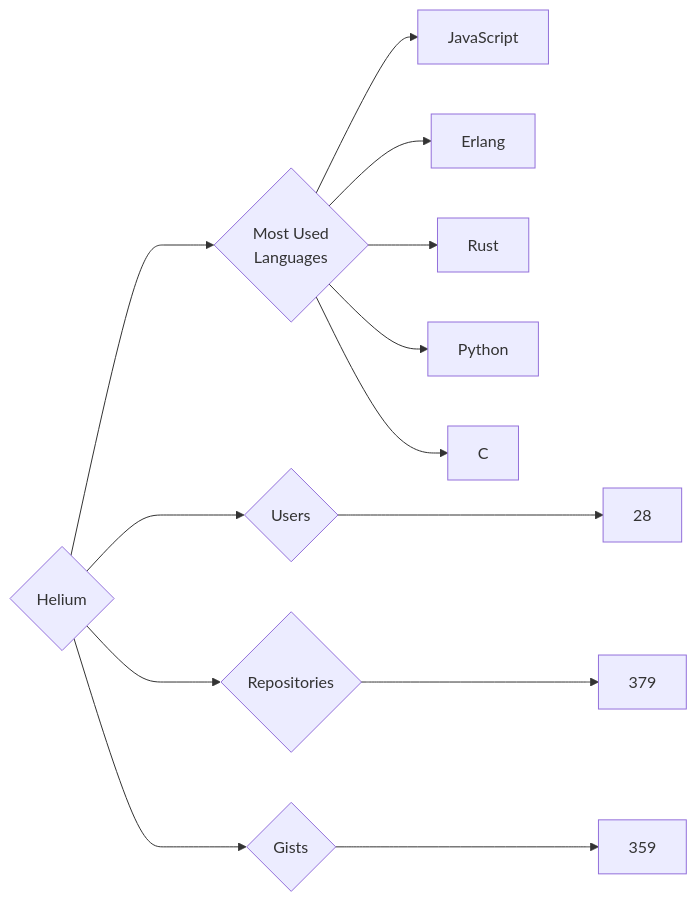
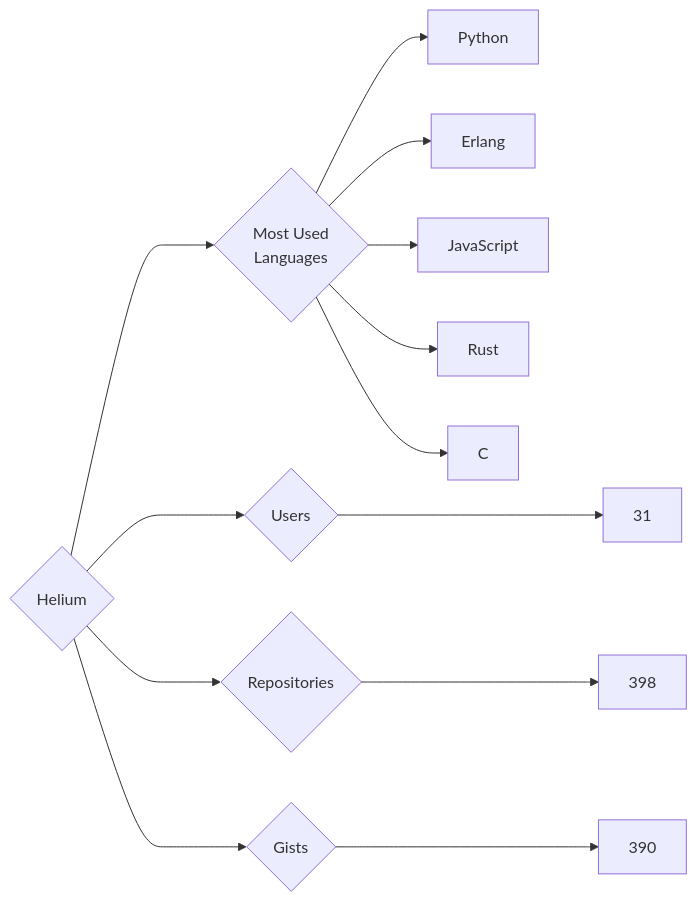
The diagram in targets/Helium/README.md (trickest/insiders), drawn with Mermaid before and after one commit. The commit also changed 682 other files, not shown here.

````diff
--- a/targets/Helium/README.md
+++ b/targets/Helium/README.md
@@ -3,13 +3,13 @@
 ```mermaid
 graph LR
 COMPANY_NAME{Helium}
-COMPANY_NAME ---> U{Users} ---> UN[28]
-COMPANY_NAME ---> R{Repositories} ---> RN[379]
-COMPANY_NAME ---> G{Gists} ---> GN[359]
+COMPANY_NAME ---> U{Users} ---> UN[31]
+COMPANY_NAME ---> R{Repositories} ---> RN[398]
+COMPANY_NAME ---> G{Gists} ---> GN[390]
 COMPANY_NAME ---> ML{Most Used<br>Languages}
+ML --> Python[Python]
+ML --> Erlang[Erlang]
 ML --> JavaScript[JavaScript]
-ML --> Erlang[Erlang]
 ML --> Rust[Rust]
-ML --> Python[Python]
 ML --> C[C]
 ```
````
